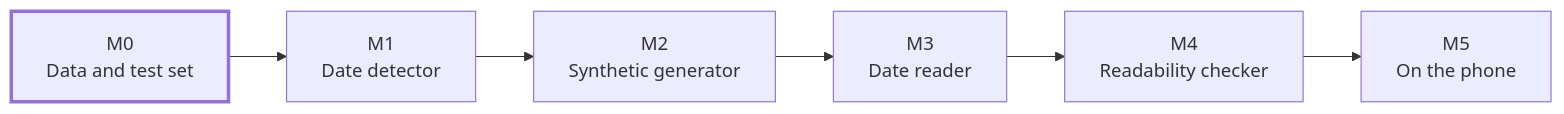
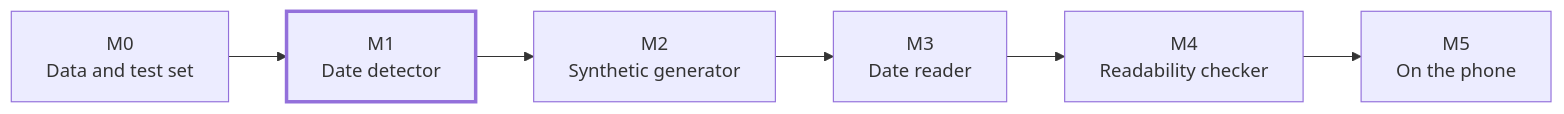
The fourth of 4 diagrams in README.md (aayushroopchandani/bestbefore), drawn with Mermaid before and after one commit. The commit also changed other lines of this file and 3 other files, not shown here.

````diff
--- a/README.md
+++ b/README.md
@@ -142,9 +142,9 @@
 ```mermaid
 flowchart LR
-    M0["M0<br/>Data and test set"]:::now --> M1["M1<br/>Date detector"]
+    M0["M0<br/>Data and test set"] --> M1["M1<br/>Date detector"]:::now
     M1 --> M2["M2<br/>Synthetic generator"]
     M2 --> M3["M3<br/>Date reader"]
     M3 --> M4["M4<br/>Readability checker"]
     M4 --> M5["M5<br/>On the phone"]
     classDef now stroke-width:3px
 ```
````
